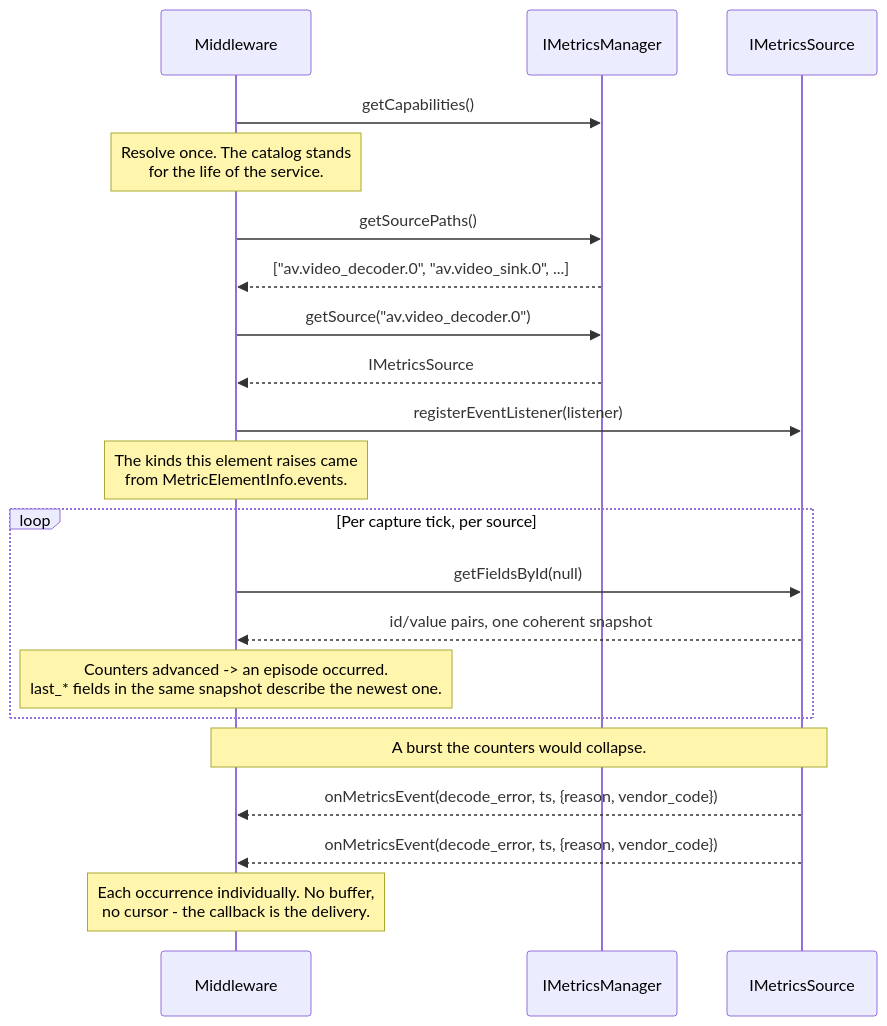
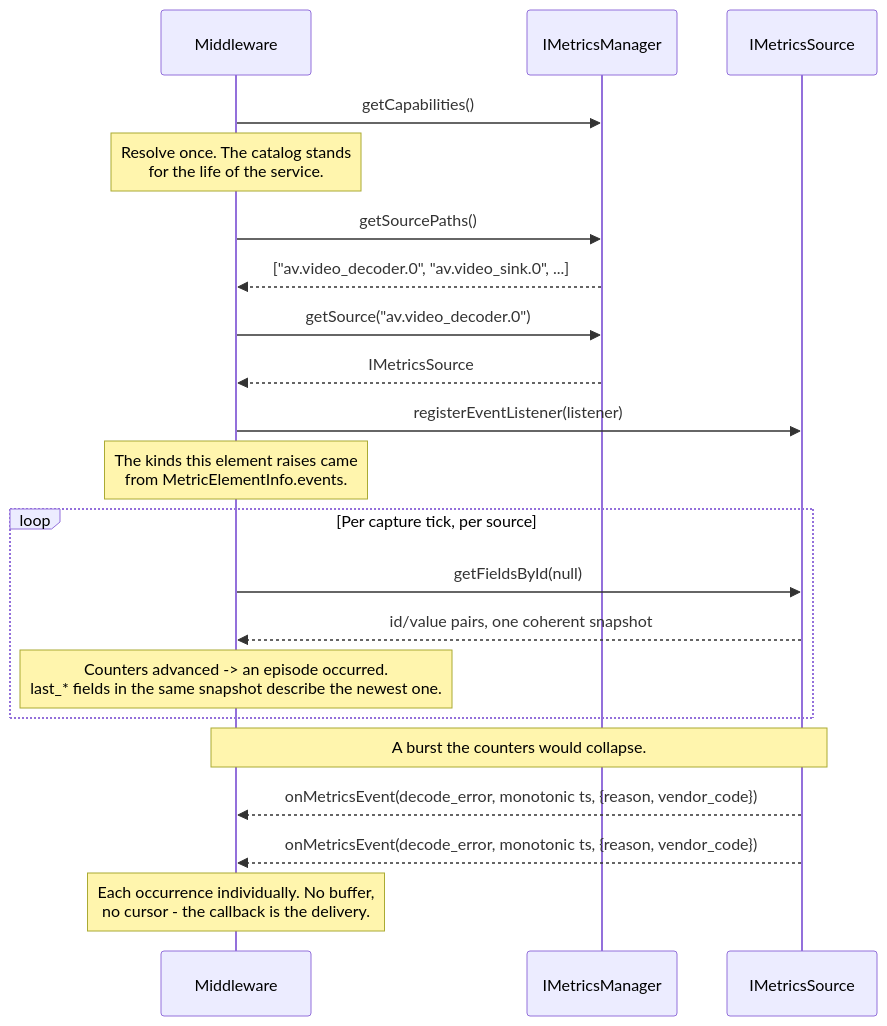
The second of 2 diagrams in metrics/current/docs/metrics.md (rdkcentral/rdk-halif-aidl), drawn with Mermaid before and after one commit. The commit also changed other lines of this file and 1 other file, not shown here.

````diff
--- a/metrics/current/docs/metrics.md
+++ b/metrics/current/docs/metrics.md
@@ -386,27 +386,27 @@
 ```mermaid
 sequenceDiagram
     participant Client as Middleware
     participant MGR as IMetricsManager
     participant SRC as IMetricsSource
 
     Client->>MGR: getCapabilities()
     note over Client: Resolve once. The catalog stands<br>for the life of the service.
     Client->>MGR: getSourcePaths()
     MGR-->>Client: ["av.video_decoder.0", "av.video_sink.0", ...]
     Client->>MGR: getSource("av.video_decoder.0")
     MGR-->>Client: IMetricsSource
 
     Client->>SRC: registerEventListener(listener)
     note over Client: The kinds this element raises came<br/>from MetricElementInfo.events.
 
     loop Per capture tick, per source
         Client->>SRC: getFieldsById(null)
         SRC-->>Client: id/value pairs, one coherent snapshot
         note over Client: Counters advanced -> an episode occurred.<br/>last_* fields in the same snapshot describe the newest one.
     end
 
     note over SRC,Client: A burst the counters would collapse.
-    SRC-->>Client: onMetricsEvent(decode_error, ts, {reason, vendor_code})
-    SRC-->>Client: onMetricsEvent(decode_error, ts, {reason, vendor_code})
+    SRC-->>Client: onMetricsEvent(decode_error, monotonic ts, {reason, vendor_code})
+    SRC-->>Client: onMetricsEvent(decode_error, monotonic ts, {reason, vendor_code})
     note over Client: Each occurrence individually. No buffer,<br/>no cursor - the callback is the delivery.
 ```
````
